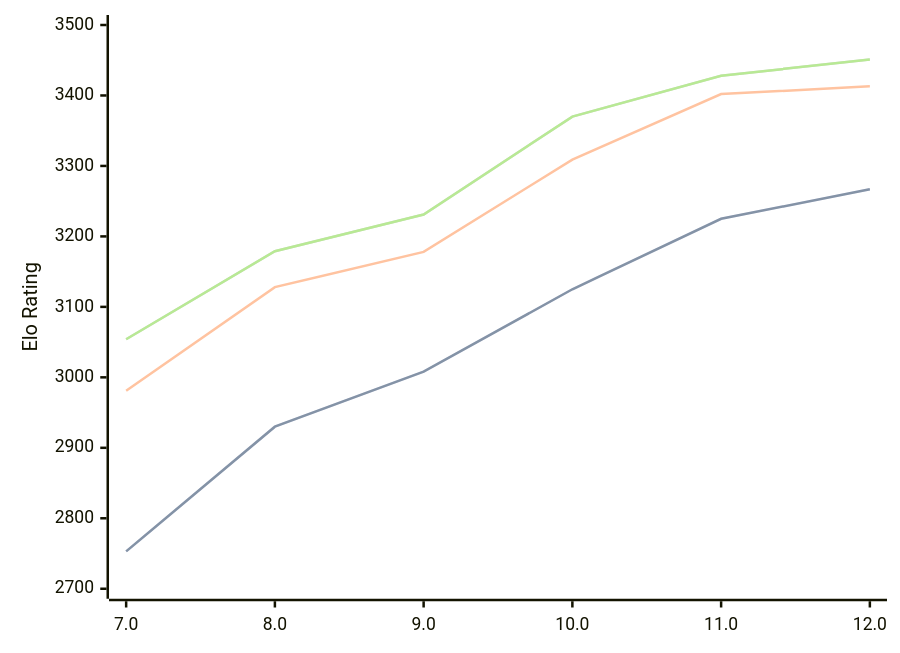
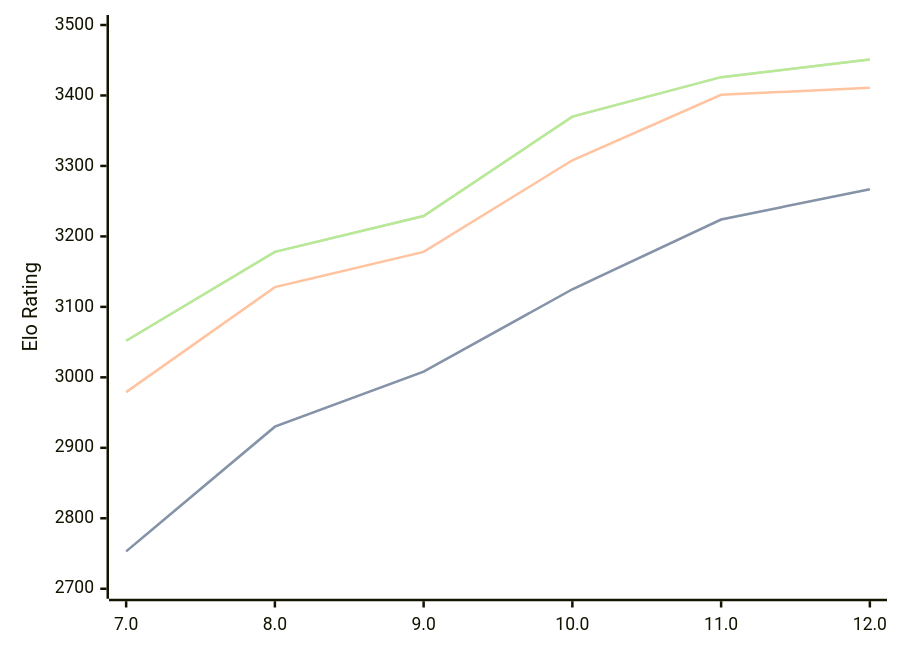
Before and after one commit to computer-chess-index/cci: the first of 3 diagrams in engines/Tcheran.md, drawn with Mermaid. The commit also changed other lines of this file, not shown here.

Commit message:
Update CCI Ratings (ELO VLTC) - 2026-06-19

````diff
--- a/engines/Tcheran.md
+++ b/engines/Tcheran.md
@@ -50,11 +50,11 @@
 ```mermaid
 %%{init: {"theme":"base","themeVariables":{"seriesColors:['#a3a3a3','#222221','#faa371']}}}%%
 xychart-beta
   x-axis ["7.0", "8.0", "9.0", "10.0", "11.0", "12.0"]
   y-axis "Elo Rating" 2700 --> 3500
-  line "STC (8.0+0.08s)" [2753, 2930, 3008, 3125, 3225, 3267]
-  line "STC (8.0+0.08s)" [2753, 2930, 3008, 3125, 3225, 3267]
-  line "LTC (60.0+0.60s)" [2981, 3128, 3178, 3309, 3402, 3413]
-  line "VLTC (2m24s+1.12s)" [3054, 3179, 3231, 3370, 3428, 3451]
-  line "VLTC (2m24s+1.12s)" [3054, 3179, 3231, 3370, 3428, 3451]
+  line "STC (8.0+0.08s)" [2753, 2930, 3008, 3125, 3224, 3267]
+  line "STC (8.0+0.08s)" [2753, 2930, 3008, 3125, 3224, 3267]
+  line "LTC (60.0+0.60s)" [2979, 3128, 3178, 3308, 3401, 3411]
+  line "VLTC (2m24s+1.12s)" [3052, 3178, 3229, 3370, 3426, 3451]
+  line "VLTC (2m24s+1.12s)" [3052, 3178, 3229, 3370, 3426, 3451]
 ```
````
